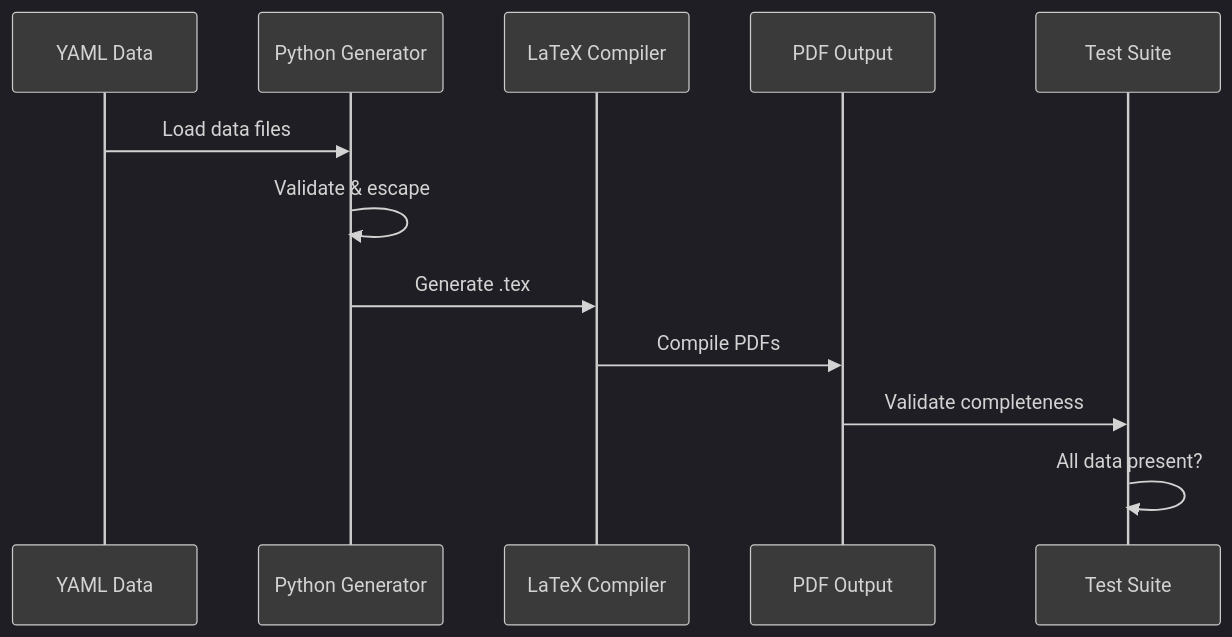
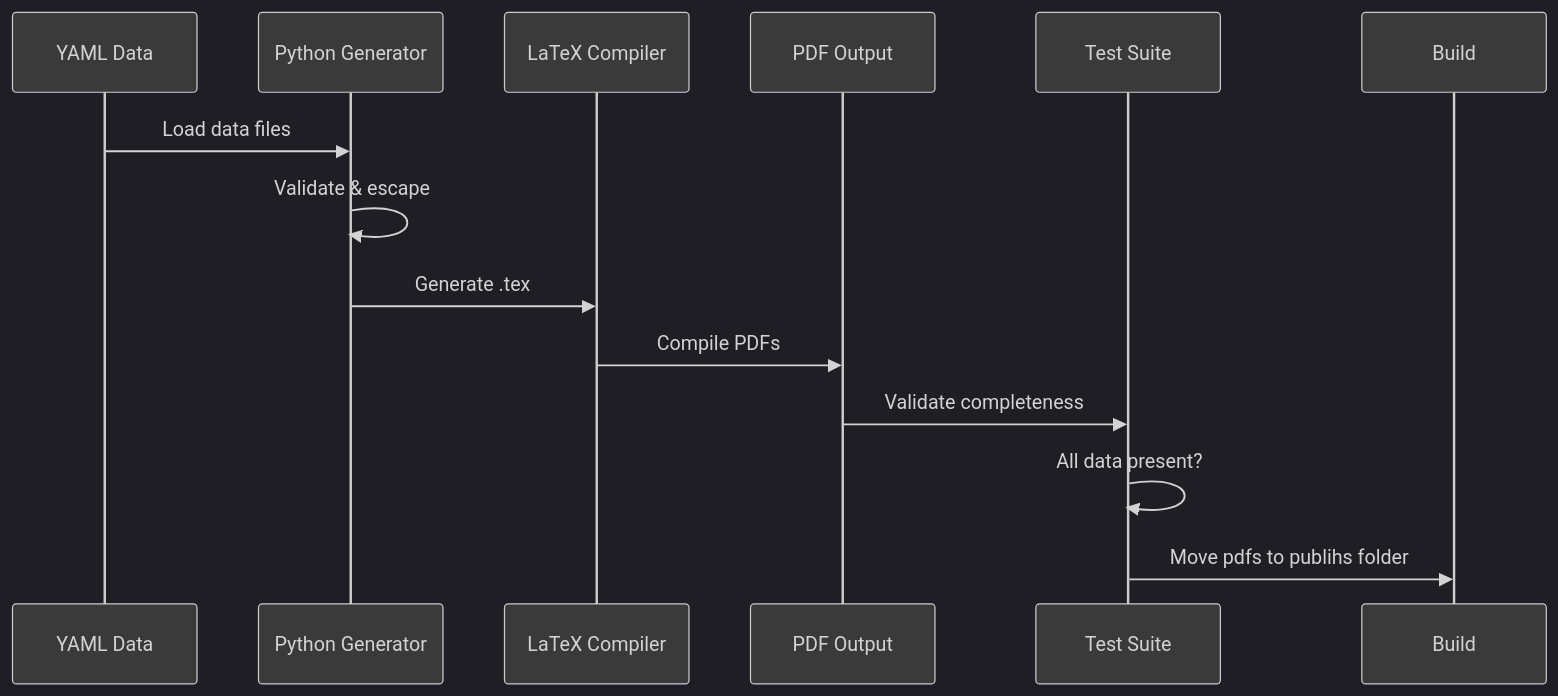
Before and after one commit to acudworth3/resume-experiment: the second of 2 diagrams in README.md, drawn with Mermaid. The commit also changed other lines of this file and 1 other file, not shown here.

Commit message:
Auto-commit Mon Apr  6 15:18:48 EDT 2026

````diff
--- a/README.md
+++ b/README.md
@@ -186,16 +185,18 @@
 ```mermaid
 %%{init: {"theme": "dark", "themeVariables": {"darkMode": true, "background": "#2b2b2b", "mainBkg": "#3a3a3a", "secondBkg": "#4a4a4a"}}}%%
 sequenceDiagram
     participant YAML as YAML Data
     participant Python as Python Generator
     participant LaTeX as LaTeX Compiler
     participant PDF as PDF Output
     participant Test as Test Suite
+    participant Build as Build
 
     YAML->>Python: Load data files
     Python->>Python: Validate & escape
     Python->>LaTeX: Generate .tex
     LaTeX->>PDF: Compile PDFs
     PDF->>Test: Validate completeness
     Test->>Test: All data present?
+    Test->>Build: Move pdfs to publihs folder
 ```
````
